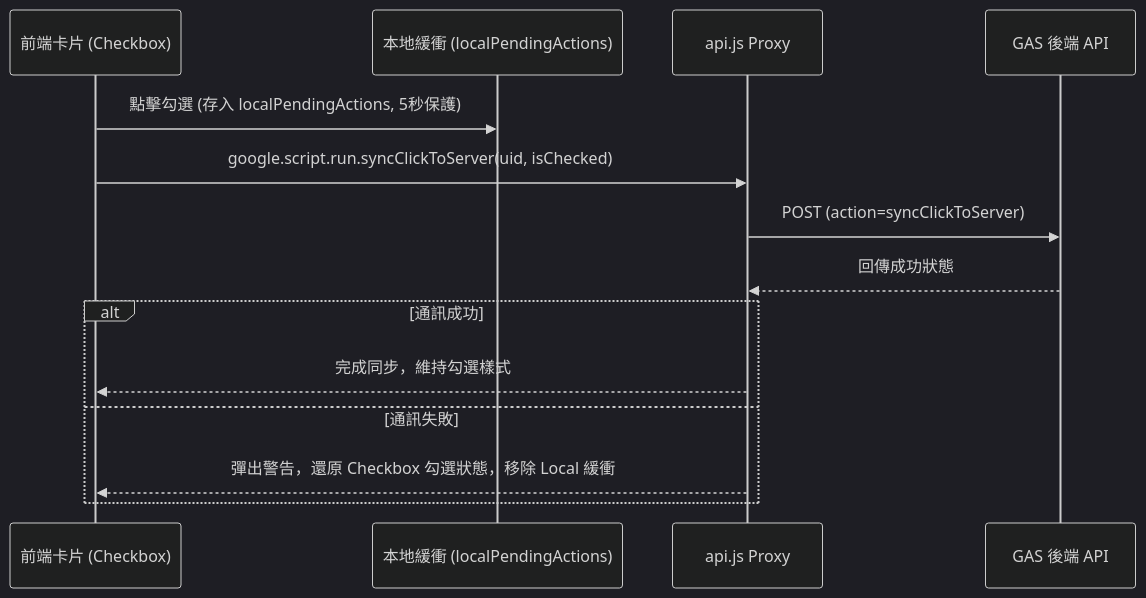
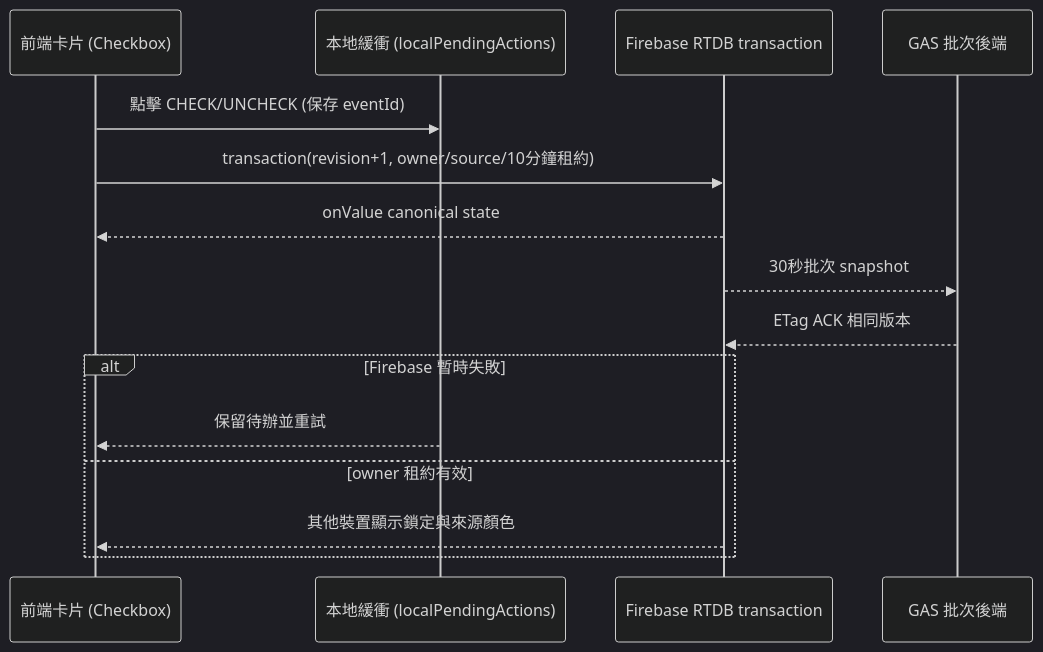
The second of 2 diagrams in apps/LKC_SundayserviceAttendance/ARCHITECTURE.md (JirehWang/JirehWang.github.io), drawn with Mermaid (dark theme) before and after one commit. The commit also changed other lines of this file and 31 other files, not shown here.

Commit message:
feat: add Firebase cache write-through and attendance temp sync

````diff
--- a/apps/LKC_SundayserviceAttendance/ARCHITECTURE.md
+++ b/apps/LKC_SundayserviceAttendance/ARCHITECTURE.md
@@ -124,17 +127,18 @@
 ```mermaid
 sequenceDiagram
     participant UI as 前端卡片 (Checkbox)
     participant Local as 本地緩衝 (localPendingActions)
-    participant Proxy as api.js Proxy
-    participant Server as GAS 後端 API
+    participant Firebase as Firebase RTDB transaction
+    participant Server as GAS 批次後端
     
-    UI->>Local: 點擊勾選 (存入 localPendingActions, 5秒保護)
-    UI->>Proxy: google.script.run.syncClickToServer(uid, isChecked)
-    Proxy->>Server: POST (action=syncClickToServer)
-    Server-->>Proxy: 回傳成功狀態
-    alt 通訊成功
-        Proxy-->>UI: 完成同步，維持勾選樣式
-    else 通訊失敗
-        Proxy-->>UI: 彈出警告，還原 Checkbox 勾選狀態，移除 Local 緩衝
+    UI->>Local: 點擊 CHECK/UNCHECK (保存 eventId)
+    UI->>Firebase: transaction(revision+1, owner/source/10分鐘租約)
+    Firebase-->>UI: onValue canonical state
+    Firebase-->>Server: 30秒批次 snapshot
+    Server-->>Firebase: ETag ACK 相同版本
+    alt Firebase 暫時失敗
+        Local-->>UI: 保留待辦並重試
+    else owner 租約有效
+        Firebase-->>UI: 其他裝置顯示鎖定與來源顏色
     end
 ```
````
